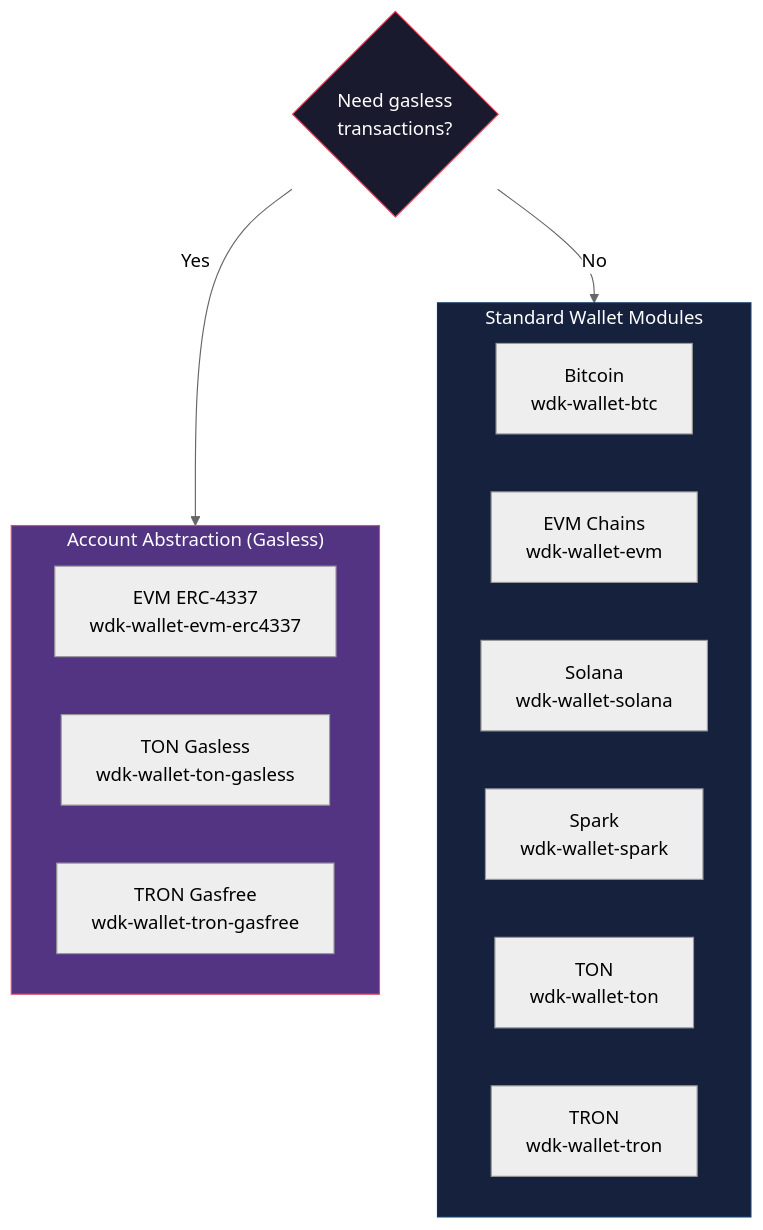
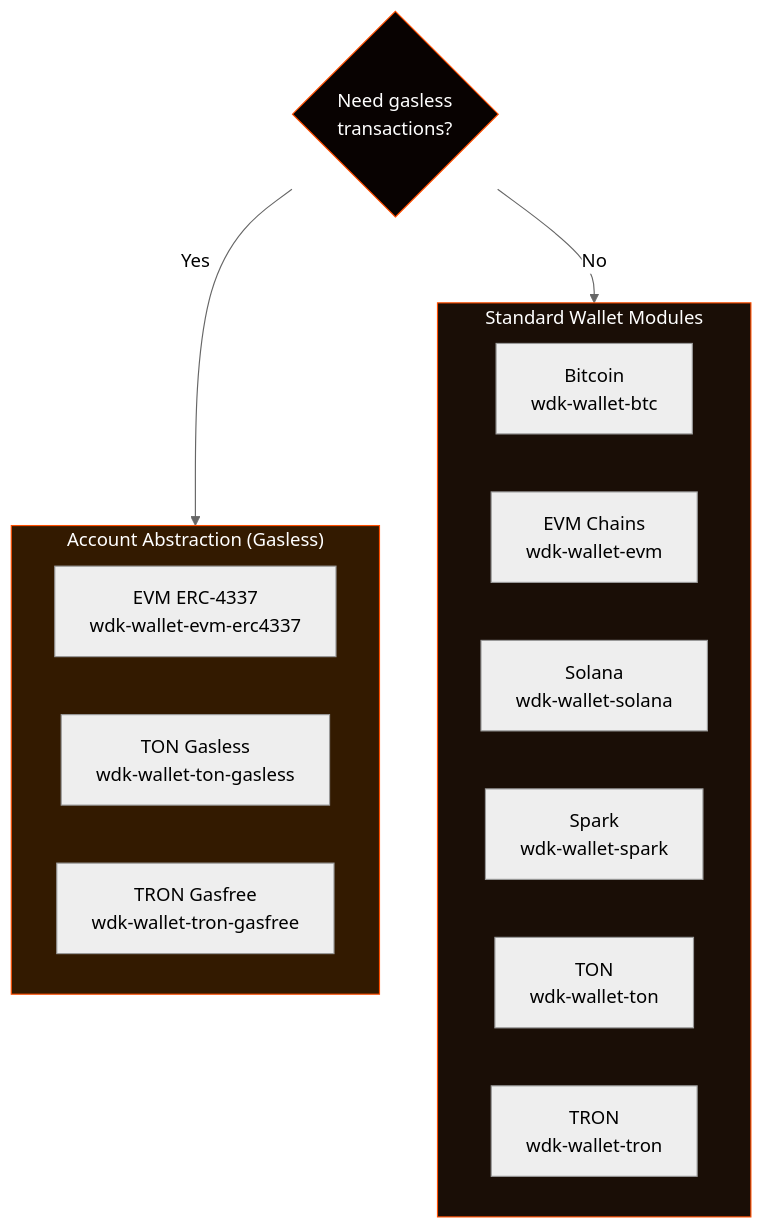
Before and after one commit to gatteo/wdk-docs: the diagram in sdk/wallet-modules/README.md, drawn with Mermaid (neutral theme). The commit also changed 21 other files, not shown here.

Commit message:
docs: update all mermaid diagrams to WDK branding colors (#FF4E00 orange, #080201 dark)

````diff
--- a/sdk/wallet-modules/README.md
+++ b/sdk/wallet-modules/README.md
@@ -21,27 +21,27 @@
 ```mermaid
 graph TD
     subgraph Standard["Standard Wallet Modules"]
         direction LR
         BTC["Bitcoin\nwdk-wallet-btc"]
         EVM["EVM Chains\nwdk-wallet-evm"]
         SOL["Solana\nwdk-wallet-solana"]
         SPARK["Spark\nwdk-wallet-spark"]
         TON["TON\nwdk-wallet-ton"]
         TRON["TRON\nwdk-wallet-tron"]
     end
 
     subgraph AA["Account Abstraction (Gasless)"]
         direction LR
         EVM43["EVM ERC-4337\nwdk-wallet-evm-erc4337"]
         TONG["TON Gasless\nwdk-wallet-ton-gasless"]
         TRONG["TRON Gasfree\nwdk-wallet-tron-gasfree"]
     end
 
     Q{"Need gasless\ntransactions?"}
     Q -->|"Yes"| AA
     Q -->|"No"| Standard
 
-    style Q fill:#1a1a2e,stroke:#e94560,color:#fff
-    style Standard fill:#16213e,stroke:#0f3460,color:#fff
-    style AA fill:#533483,stroke:#e94560,color:#fff
+    style Q fill:#080201,stroke:#FF4E00,color:#fff
+    style Standard fill:#1a0e06,stroke:#FF4E00,color:#fff
+    style AA fill:#331a00,stroke:#FF4E00,color:#fff
 ```
````
